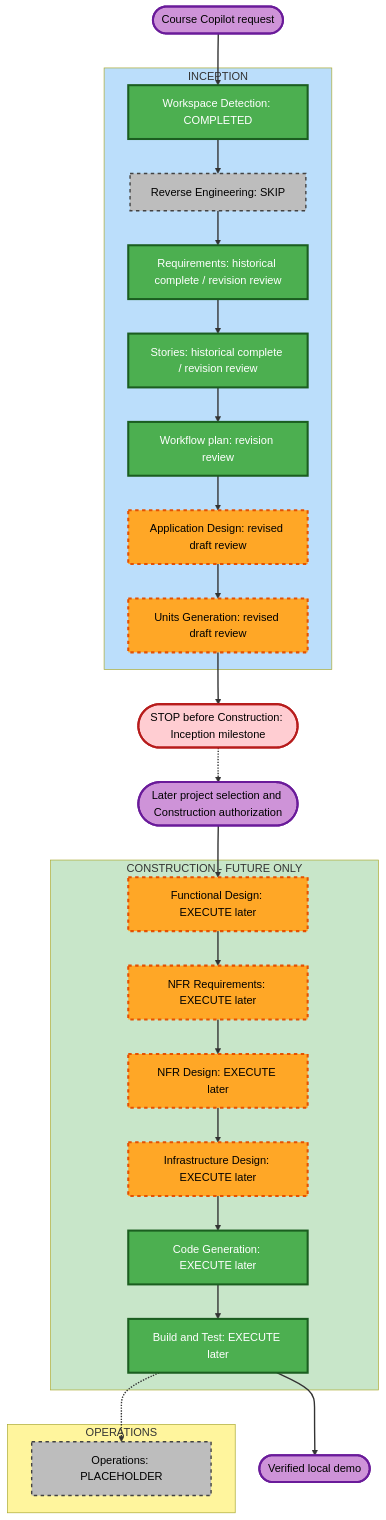
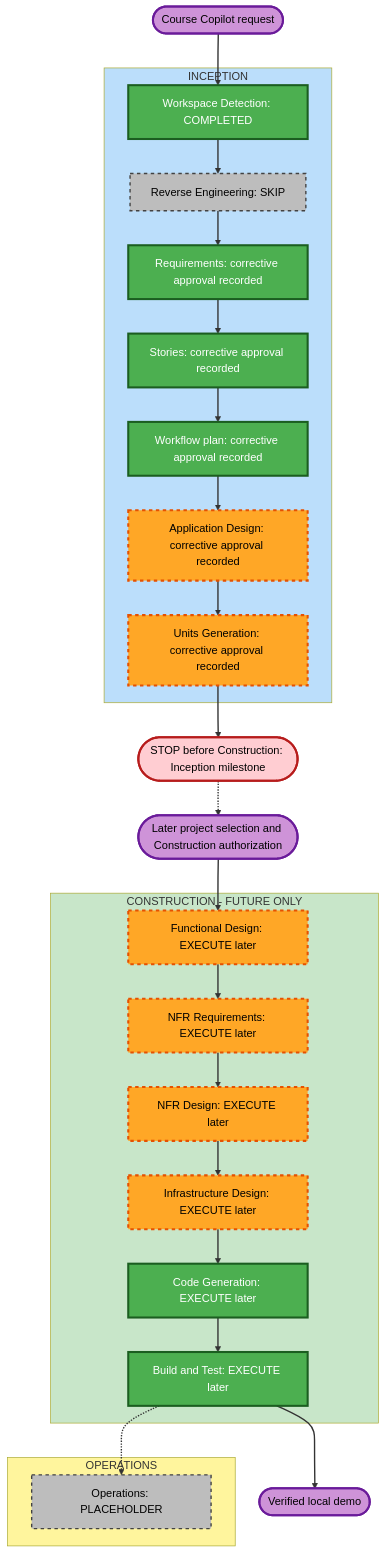
Before and after one commit to lawrencegranda/INFO-5940-project: the diagram in aidlc-docs/inception/plans/execution-plan.md, drawn with Mermaid. The commit also changed other lines of this file and 5 other files, not shown here.

````diff
--- a/aidlc-docs/inception/plans/execution-plan.md
+++ b/aidlc-docs/inception/plans/execution-plan.md
@@ -75,53 +77,53 @@
 ```mermaid
 flowchart TD
     Start(["Course Copilot request"])
     subgraph INCEPTION["INCEPTION"]
         WD["Workspace Detection: COMPLETED"]
         RE["Reverse Engineering: SKIP"]
-        RA["Requirements: historical complete / revision review"]
-        US["Stories: historical complete / revision review"]
-        WP["Workflow plan: revision review"]
-        AD["Application Design: revised draft review"]
-        UG["Units Generation: revised draft review"]
+        RA["Requirements: corrective approval recorded"]
+        US["Stories: corrective approval recorded"]
+        WP["Workflow plan: corrective approval recorded"]
+        AD["Application Design: corrective approval recorded"]
+        UG["Units Generation: corrective approval recorded"]
     end
     Stop(["STOP before Construction: Inception milestone"])
     Resume(["Later project selection and Construction authorization"])
     subgraph CONSTRUCTION["CONSTRUCTION - FUTURE ONLY"]
         FD["Functional Design: EXECUTE later"]
         NR["NFR Requirements: EXECUTE later"]
         ND["NFR Design: EXECUTE later"]
         ID["Infrastructure Design: EXECUTE later"]
         CG["Code Generation: EXECUTE later"]
         BT["Build and Test: EXECUTE later"]
     end
     subgraph OPERATIONS["OPERATIONS"]
         OPS["Operations: PLACEHOLDER"]
     end
     End(["Verified local demo"])
     Start --> WD --> RE --> RA --> US --> WP --> AD --> UG --> Stop
     Stop -.-> Resume
     Resume --> FD --> NR --> ND --> ID --> CG --> BT --> End
     BT -.-> OPS
     style Start fill:#CE93D8,stroke:#6A1B9A,stroke-width:3px,color:#000
     style End fill:#CE93D8,stroke:#6A1B9A,stroke-width:3px,color:#000
     style Resume fill:#CE93D8,stroke:#6A1B9A,stroke-width:3px,color:#000
     style Stop fill:#FFCDD2,stroke:#B71C1C,stroke-width:3px,color:#000
     style WD fill:#4CAF50,stroke:#1B5E20,stroke-width:3px,color:#fff
     style RA fill:#4CAF50,stroke:#1B5E20,stroke-width:3px,color:#fff
     style US fill:#4CAF50,stroke:#1B5E20,stroke-width:3px,color:#fff
     style WP fill:#4CAF50,stroke:#1B5E20,stroke-width:3px,color:#fff
     style RE fill:#BDBDBD,stroke:#424242,stroke-width:2px,stroke-dasharray:5 5,color:#000
     style OPS fill:#BDBDBD,stroke:#424242,stroke-width:2px,stroke-dasharray:5 5,color:#000
     style AD fill:#FFA726,stroke:#E65100,stroke-width:3px,stroke-dasharray:5 5,color:#000
     style UG fill:#FFA726,stroke:#E65100,stroke-width:3px,stroke-dasharray:5 5,color:#000
     style FD fill:#FFA726,stroke:#E65100,stroke-width:3px,stroke-dasharray:5 5,color:#000
     style NR fill:#FFA726,stroke:#E65100,stroke-width:3px,stroke-dasharray:5 5,color:#000
     style ND fill:#FFA726,stroke:#E65100,stroke-width:3px,stroke-dasharray:5 5,color:#000
     style ID fill:#FFA726,stroke:#E65100,stroke-width:3px,stroke-dasharray:5 5,color:#000
     style CG fill:#4CAF50,stroke:#1B5E20,stroke-width:3px,color:#fff
     style BT fill:#4CAF50,stroke:#1B5E20,stroke-width:3px,color:#fff
     style INCEPTION fill:#BBDEFB
     style CONSTRUCTION fill:#C8E6C9
     style OPERATIONS fill:#FFF59D
     linkStyle default stroke:#333,stroke-width:2px
 ```
````
